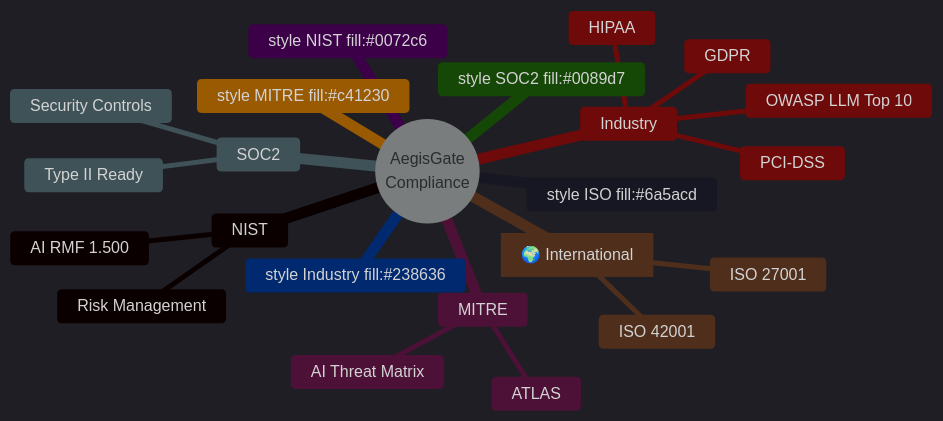
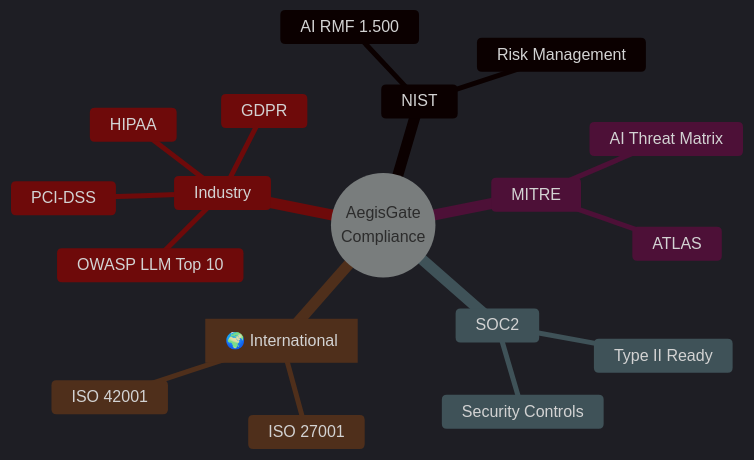
Before and after one commit to aegisgatesecurity/aegisgate-platform: the fifth of 5 diagrams in README.md, drawn with Mermaid.

Commit message:
fix: Remove unsupported style declarations from compliance mindmap
GitHub's Mermaid mindmap renderer doesn't support the
syntax, causing raw text display. Removing style declarations allows
the diagram to render cleanly.

````diff
--- a/README.md
+++ b/README.md
@@ -583,29 +583,24 @@
 ```mermaid
 %%{init: {'theme': 'dark'}}%%
 mindmap
   root((AegisGate
 Compliance))
     NIST
       AI RMF 1.500
       Risk Management
     MITRE
       ATLAS
       AI Threat Matrix
     SOC2
       Security Controls
       Type II Ready
     ISO["🌍 International"]
       ISO 27001
       ISO 42001
     Industry
       GDPR
       HIPAA
       PCI-DSS
       OWASP LLM Top 10
 
-    style NIST fill:#0072c6
-    style MITRE fill:#c41230
-    style SOC2 fill:#0089d7
-    style ISO fill:#6a5acd
-    style Industry fill:#238636
 ```
````
